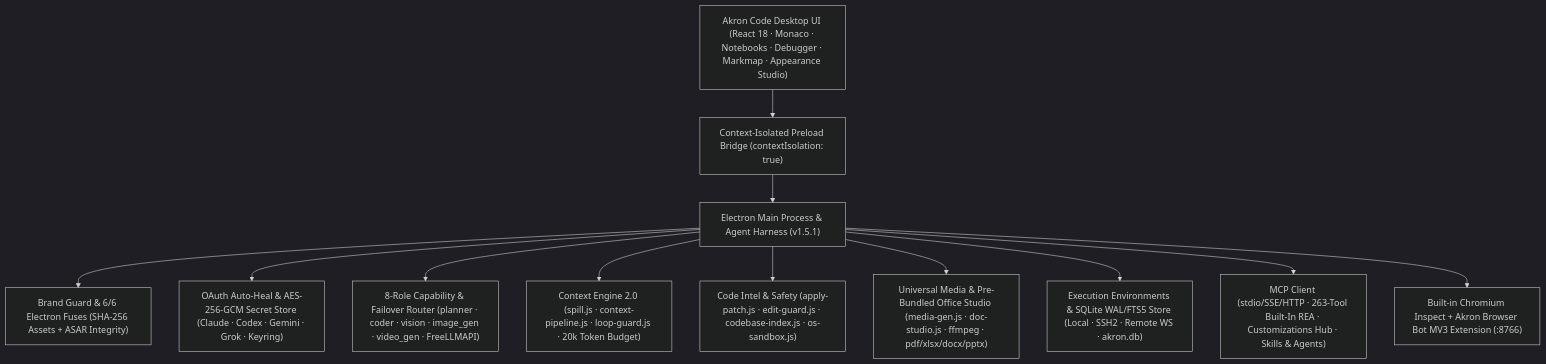
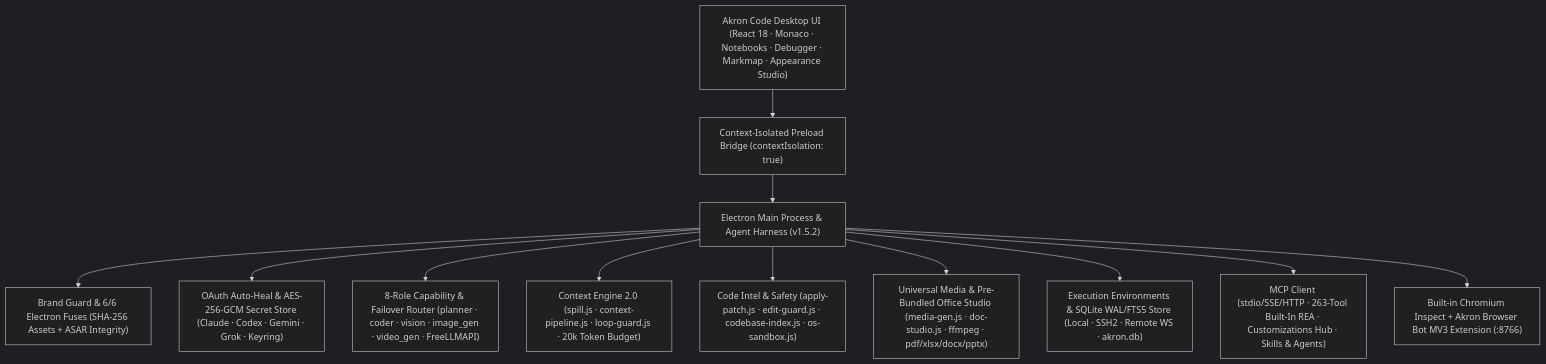
Before and after one commit to faysaliteng/akron-code: the second of 3 diagrams in README.md, drawn with Mermaid (dark theme). The commit also changed other lines of this file and 32 other files, not shown here.

````diff
--- a/README.md
+++ b/README.md
@@ -145,15 +145,15 @@
 ```mermaid
 flowchart TD
   UI["Akron Code Desktop UI (React 18 · Monaco · Notebooks · Debugger · Markmap · Appearance Studio)"] --> Preload["Context-Isolated Preload Bridge (contextIsolation: true)"]
-  Preload --> Main["Electron Main Process & Agent Harness (v1.5.1)"]
+  Preload --> Main["Electron Main Process & Agent Harness (v1.5.2)"]
 
   Main --> Brand["Brand Guard & 6/6 Electron Fuses (SHA-256 Assets + ASAR Integrity)"]
   Main --> Auth["OAuth Auto-Heal & AES-256-GCM Secret Store (Claude · Codex · Gemini · Grok · Keyring)"]
   Main --> Router["8-Role Capability & Failover Router (planner · coder · vision · image_gen · video_gen · FreeLLMAPI)"]
   Main --> Context["Context Engine 2.0 (spill.js · context-pipeline.js · loop-guard.js · 20k Token Budget)"]
   Main --> Intel["Code Intel & Safety (apply-patch.js · edit-guard.js · codebase-index.js · os-sandbox.js)"]
   Main --> Studio["Universal Media & Pre-Bundled Office Studio (media-gen.js · doc-studio.js · ffmpeg · pdf/xlsx/docx/pptx)"]
   Main --> Envs["Execution Environments & SQLite WAL/FTS5 Store (Local · SSH2 · Remote WS · akron.db)"]
   Main --> Ext["MCP Client (stdio/SSE/HTTP · 263-Tool Built-In REA · Customizations Hub · Skills & Agents)"]
   Main --> Bridge["Built-in Chromium Inspect + Akron Browser Bot MV3 Extension (:8766)"]
 ```
````
